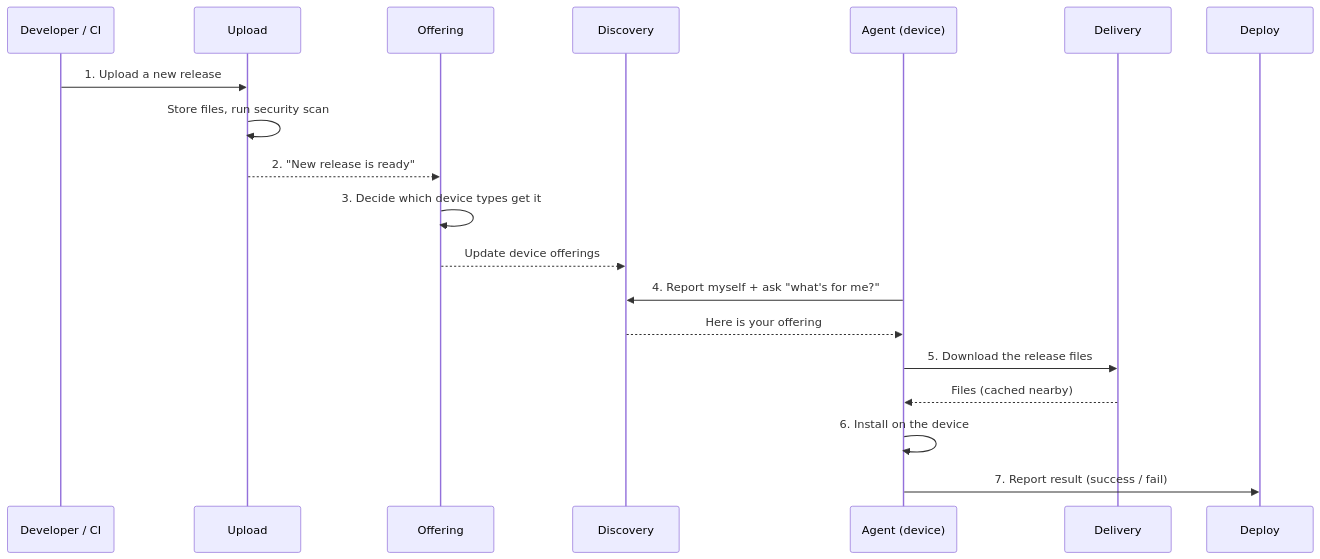
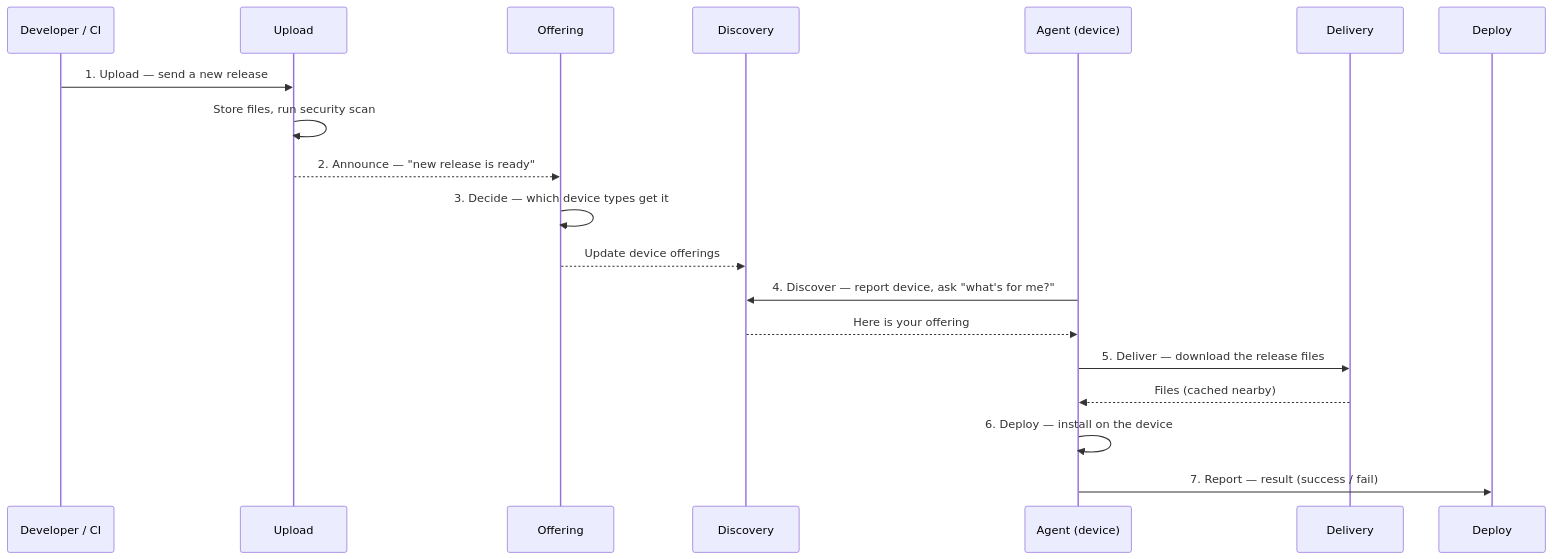
Before and after one commit to getappsh/docs: the fifth of 7 diagrams in docs/root/platform-architecture.md, drawn with Mermaid. The commit also changed other lines of this file and 3 other files, not shown here.

Commit message:
Update platform architecture documentation and enhance agent configuration guides

````diff
--- a/docs/root/platform-architecture.md
+++ b/docs/root/platform-architecture.md
@@ -201,22 +199,22 @@
 ```mermaid
 sequenceDiagram
     participant Dev as Developer / CI
     participant UP as Upload
     participant OF as Offering
     participant DI as Discovery
     participant AG as Agent (device)
     participant DL as Delivery
     participant DP as Deploy
 
-    Dev->>UP: 1. Upload a new release
+    Dev->>UP: 1. Upload — send a new release
     UP->>UP: Store files, run security scan
-    UP-->>OF: 2. "New release is ready"
-    OF->>OF: 3. Decide which device types get it
+    UP-->>OF: 2. Announce — "new release is ready"
+    OF->>OF: 3. Decide — which device types get it
     OF-->>DI: Update device offerings
-    AG->>DI: 4. Report myself + ask "what's for me?"
+    AG->>DI: 4. Discover — report device, ask "what's for me?"
     DI-->>AG: Here is your offering
-    AG->>DL: 5. Download the release files
+    AG->>DL: 5. Deliver — download the release files
     DL-->>AG: Files (cached nearby)
-    AG->>AG: 6. Install on the device
-    AG->>DP: 7. Report result (success / fail)
+    AG->>AG: 6. Deploy — install on the device
+    AG->>DP: 7. Report — result (success / fail)
 ```
````
